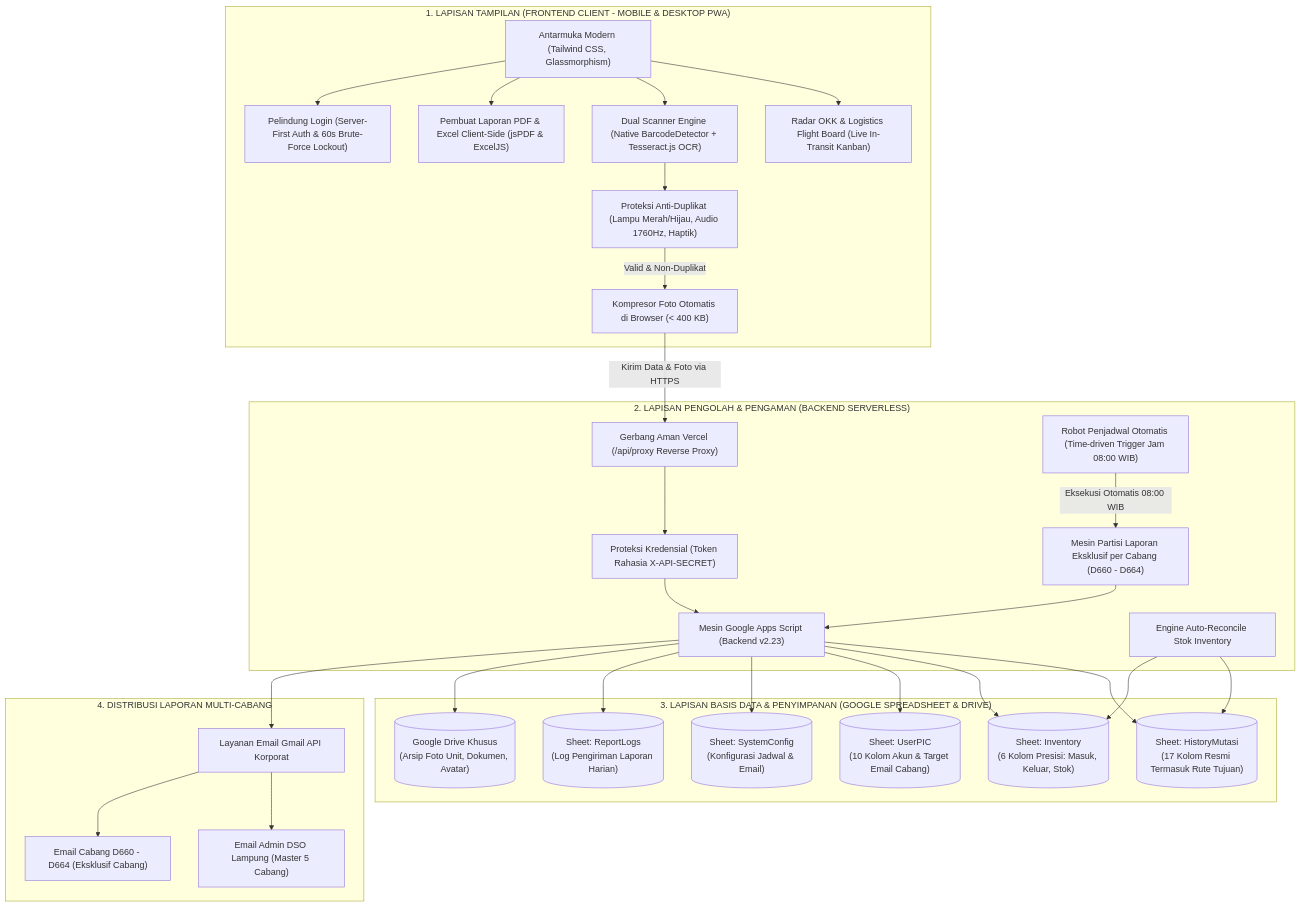
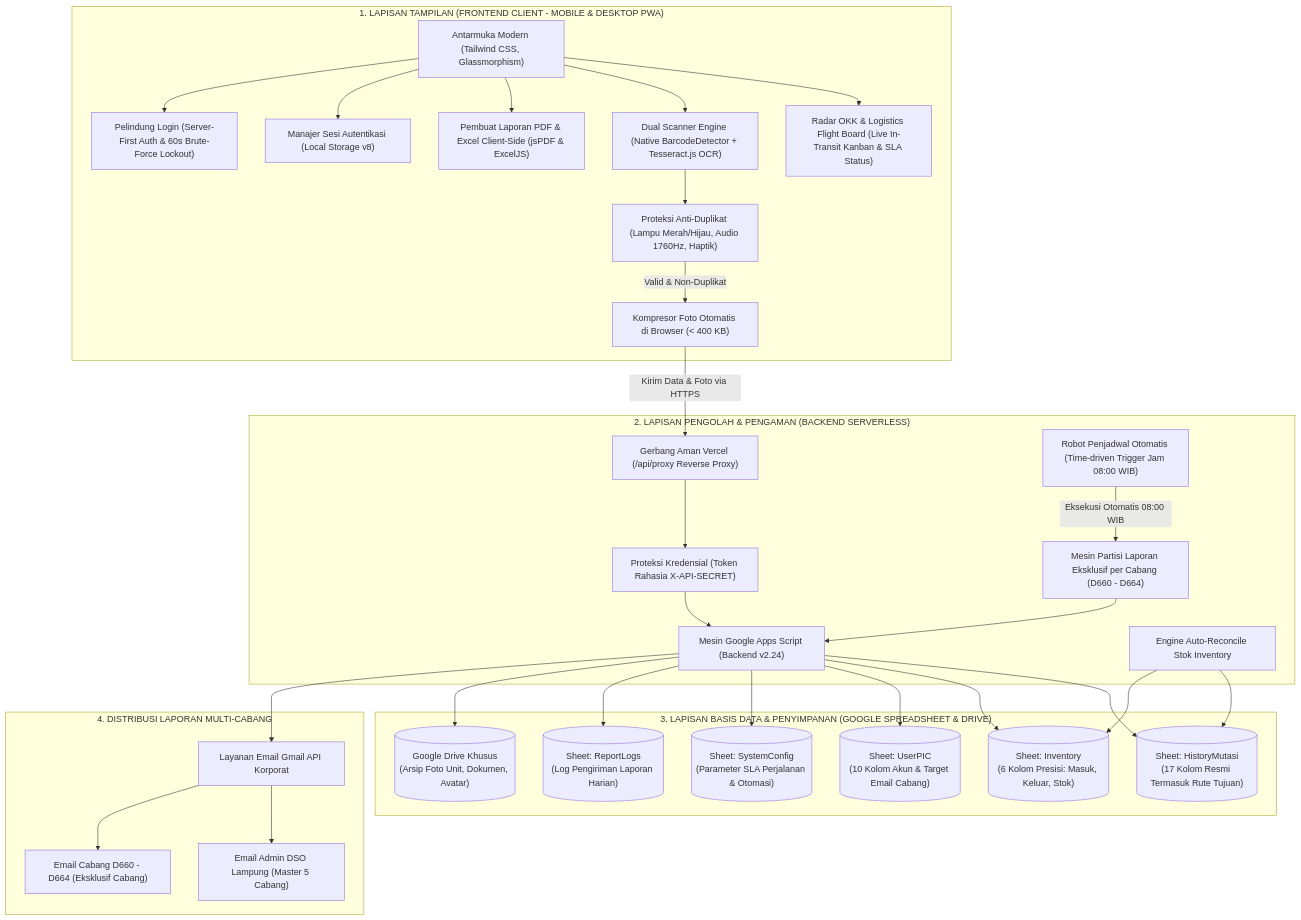
The first of 2 diagrams in PRD.md (miyuraa1001/Management-StockYard), drawn with Mermaid before and after one commit. The commit also changed other lines of this file and 6 other files, not shown here.

Commit message:
feat(settings): add branch transit duration to SystemConfig and enforce admin authority on schedule & daily digest

````diff
--- a/PRD.md
+++ b/PRD.md
@@ -187,59 +223,61 @@
 ```mermaid
 flowchart TD
     subgraph Frontend["1. LAPISAN TAMPILAN (FRONTEND CLIENT - MOBILE & DESKTOP PWA)"]
         UI["Antarmuka Modern (Tailwind CSS, Glassmorphism)"]
-        FlightBoard["Radar OKK & Logistics Flight Board (Live In-Transit Kanban)"]
+        FlightBoard["Radar OKK & Logistics Flight Board (Live In-Transit Kanban & SLA Status)"]
         Scanner["Dual Scanner Engine (Native BarcodeDetector + Tesseract.js OCR)"]
         Compress["Kompresor Foto Otomatis di Browser (< 400 KB)"]
         Sensor["Proteksi Anti-Duplikat (Lampu Merah/Hijau, Audio 1760Hz, Haptik)"]
         ClientExport["Pembuat Laporan PDF & Excel Client-Side (jsPDF & ExcelJS)"]
+        AuthPersist["Manajer Sesi Autentikasi (Local Storage v8)"]
         AuthShield["Pelindung Login (Server-First Auth & 60s Brute-Force Lockout)"]
     end
 
     subgraph Backend["2. LAPISAN PENGOLAH & PENGAMAN (BACKEND SERVERLESS)"]
         Proxy["Gerbang Aman Vercel (/api/proxy Reverse Proxy)"]
         Secret["Proteksi Kredensial (Token Rahasia X-API-SECRET)"]
-        GAS["Mesin Google Apps Script (Backend v2.23)"]
+        GAS["Mesin Google Apps Script (Backend v2.24)"]
         Reconcile["Engine Auto-Reconcile Stok Inventory"]
         Cron["Robot Penjadwal Otomatis (Time-driven Trigger Jam 08:00 WIB)"]
         Partition["Mesin Partisi Laporan Eksklusif per Cabang (D660 - D664)"]
     end
 
     subgraph Database["3. LAPISAN BASIS DATA & PENYIMPANAN (GOOGLE SPREADSHEET & DRIVE)"]
         Sheet1[("Sheet: HistoryMutasi\n(17 Kolom Resmi Termasuk Rute Tujuan)")]
         Sheet2[("Sheet: Inventory\n(6 Kolom Presisi: Masuk, Keluar, Stok)")]
         Sheet3[("Sheet: UserPIC\n(10 Kolom Akun & Target Email Cabang)")]
-        Sheet4[("Sheet: SystemConfig\n(Konfigurasi Jadwal & Email)")]
+        Sheet4[("Sheet: SystemConfig\n(Parameter SLA Perjalanan & Otomasi)")]
         Sheet5[("Sheet: ReportLogs\n(Log Pengiriman Laporan Harian)")]
         Drive[("Google Drive Khusus\n(Arsip Foto Unit, Dokumen, Avatar)")]
     end
 
     subgraph Output["4. DISTRIBUSI LAPORAN MULTI-CABANG"]
         Gmail["Layanan Email Gmail API Korporat"]
         MasterRep["Email Admin DSO Lampung (Master 5 Cabang)"]
         BranchRep["Email Cabang D660 - D664 (Eksklusif Cabang)"]
     end
 
     UI --> FlightBoard
     UI --> Scanner
     Scanner --> Sensor
     Sensor -->|Valid & Non-Duplikat| Compress
     Compress -->|Kirim Data & Foto via HTTPS| Proxy
     Proxy --> Secret
     Secret --> GAS
     GAS --> Sheet1
     GAS --> Sheet2
     GAS --> Sheet3
     GAS --> Sheet4
     GAS --> Sheet5
     GAS --> Drive
     Reconcile --> Sheet1
     Reconcile --> Sheet2
     Cron -->|Eksekusi Otomatis 08:00 WIB| Partition
     Partition --> GAS
     GAS --> Gmail
     Gmail --> MasterRep
     Gmail --> BranchRep
     UI --> ClientExport
+    UI --> AuthPersist
     UI --> AuthShield
 ```
````
